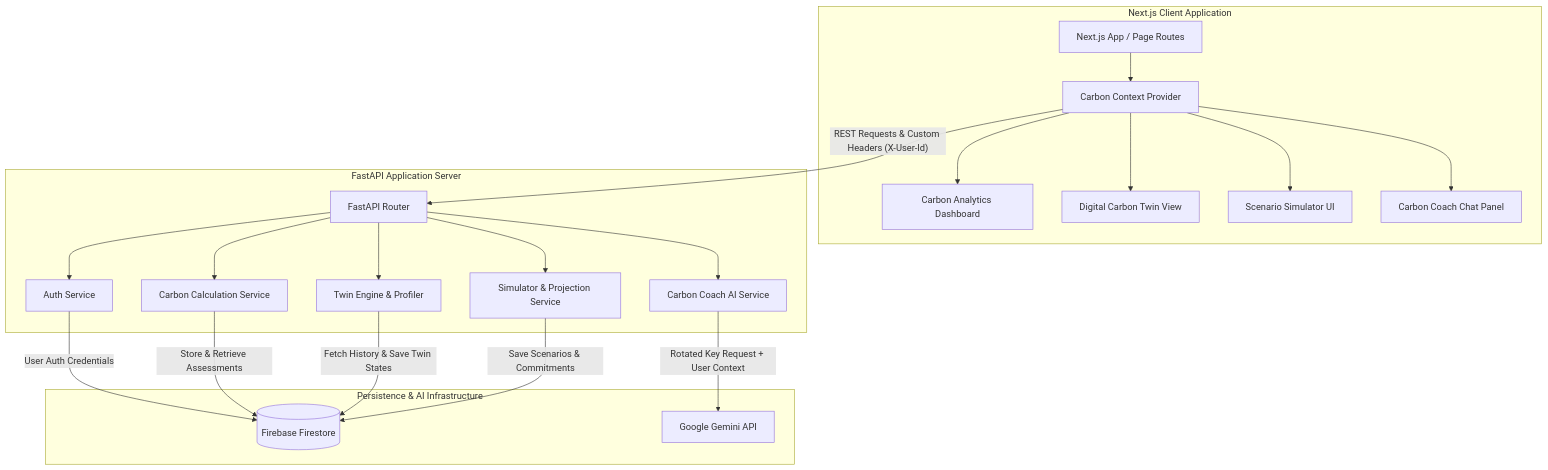
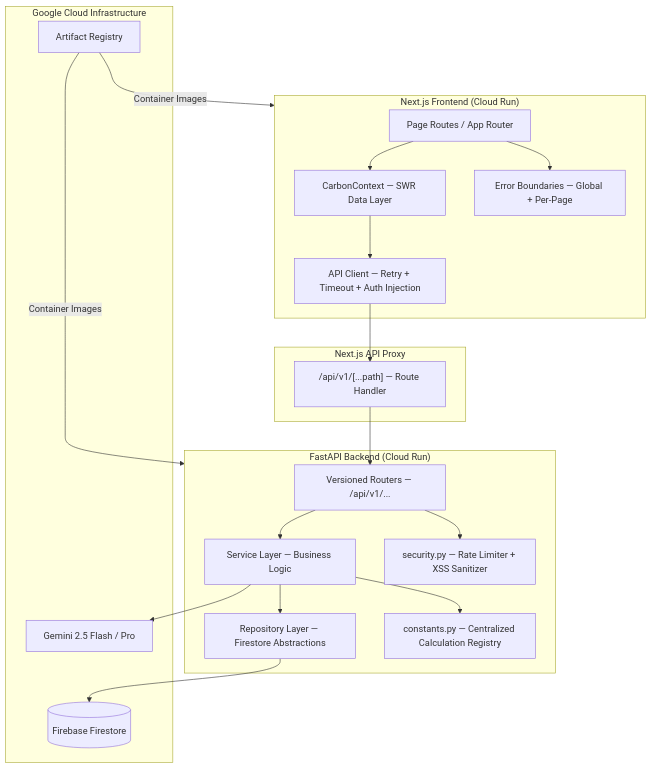
One commit to AniruddhaGhosh64/carbon-twin-ai changed the diagram in README.md. Above: the diagram before and after it, drawn with Mermaid. The commit also changed other lines of this file and 28 other files, not shown here.

Commit message:
Final submission: engineering excellence, documentation, testing and architecture improvements

````diff
--- a/README.md
+++ b/README.md
@@ -58,34 +66,41 @@
 ```mermaid
 graph TD
-    %% Frontend Layer
-    subgraph Frontend [Next.js Client Application]
-        A[Next.js App / Page Routes] --> B[Carbon Context Provider]
-        B --> C[Carbon Analytics Dashboard]
-        B --> D[Digital Carbon Twin View]
-        B --> E[Scenario Simulator UI]
-        B --> F[Carbon Coach Chat Panel]
+    subgraph Client["Next.js Frontend (Cloud Run)"]
+        P[Page Routes / App Router]
+        CC[CarbonContext — SWR Data Layer]
+        AC[API Client — Retry + Timeout + Auth Injection]
+        EB[Error Boundaries — Global + Per-Page]
+        P --> CC
+        CC --> AC
+        P --> EB
     end
 
-    %% Backend Service Layer
-    subgraph Backend [FastAPI Application Server]
-        G[FastAPI Router] --> H[Auth Service]
-        G --> I[Carbon Calculation Service]
-        G --> J[Twin Engine & Profiler]
-        G --> K[Simulator & Projection Service]
-        G --> L[Carbon Coach AI Service]
+    subgraph Proxy["Next.js API Proxy"]
+        PX["/api/v1/[...path] — Route Handler"]
+        AC --> PX
     end
 
-    %% External APIs & Database
-    subgraph StorageAI [Persistence & AI Infrastructure]
-        M[(Firebase Firestore)]
-        N[Google Gemini API]
+    subgraph Server["FastAPI Backend (Cloud Run)"]
+        RT[Versioned Routers — /api/v1/...]
+        SV[Service Layer — Business Logic]
+        REPO[Repository Layer — Firestore Abstractions]
+        CONST[constants.py — Centralized Calculation Registry]
+        SEC[security.py — Rate Limiter + XSS Sanitizer]
+        RT --> SV
+        SV --> REPO
+        SV --> CONST
+        RT --> SEC
     end
 
-    %% Communications Flow
-    B -- "REST Requests & Custom Headers (X-User-Id)" --> G
-    H -- "User Auth Credentials" --> M
-    I -- "Store & Retrieve Assessments" --> M
-    J -- "Fetch History & Save Twin States" --> M
-    L -- "Rotated Key Request + User Context" --> N
-    K -- "Save Scenarios & Commitments" --> M
+    subgraph Infra["Google Cloud Infrastructure"]
+        FS[(Firebase Firestore)]
+        GM[Gemini 2.5 Flash / Pro]
+        AR[Artifact Registry]
+    end
+
+    PX --> RT
+    REPO --> FS
+    SV --> GM
+    AR -->|Container Images| Client
+    AR -->|Container Images| Server
 ```
````
